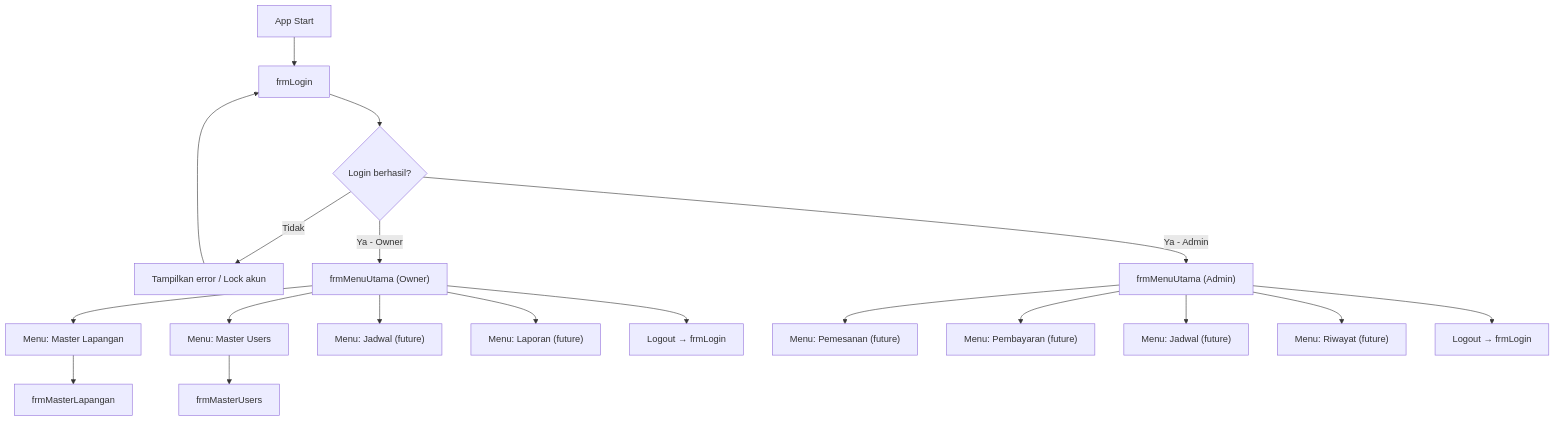
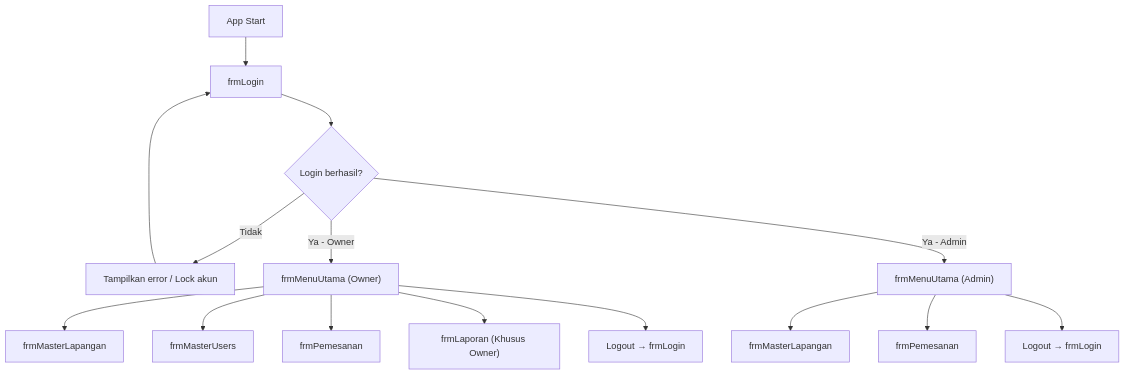
The first of 4 diagrams in .ai/APP-FLOW.md (Alfar0nt/SIPELA-Sistem-Informasi-Pemesanan-Arung-Futsal), drawn with Mermaid before and after one commit. The commit also changed other lines of this file and 16 other files, not shown here.

````diff
--- a/.ai/APP-FLOW.md
+++ b/.ai/APP-FLOW.md
@@ -10,24 +10,19 @@
 ```mermaid
 flowchart TD
     A["App Start"] --> B["frmLogin"]
     B --> C{"Login berhasil?"}
     C -->|Tidak| D["Tampilkan error / Lock akun"]
     D --> B
     C -->|Ya - Owner| E["frmMenuUtama (Owner)"]
     C -->|Ya - Admin| F["frmMenuUtama (Admin)"]
-    
-    E --> G["Menu: Master Lapangan"]
-    E --> H["Menu: Master Users"]
-    E --> I["Menu: Jadwal (future)"]
-    E --> J["Menu: Laporan (future)"]
+
+    E --> G["frmMasterLapangan"]
+    E --> H["frmMasterUsers"]
+    E --> I["frmPemesanan"]
+    E --> J["frmLaporan (Khusus Owner)"]
     E --> K["Logout → frmLogin"]
-    
-    F --> L["Menu: Pemesanan (future)"]
-    F --> M["Menu: Pembayaran (future)"]
-    F --> N["Menu: Jadwal (future)"]
-    F --> O["Menu: Riwayat (future)"]
-    F --> P["Logout → frmLogin"]
-    
-    G --> Q["frmMasterLapangan"]
-    H --> R["frmMasterUsers"]
+
+    F --> L["frmMasterLapangan"]
+    F --> M["frmPemesanan"]
+    F --> N["Logout → frmLogin"]
 ```
````
